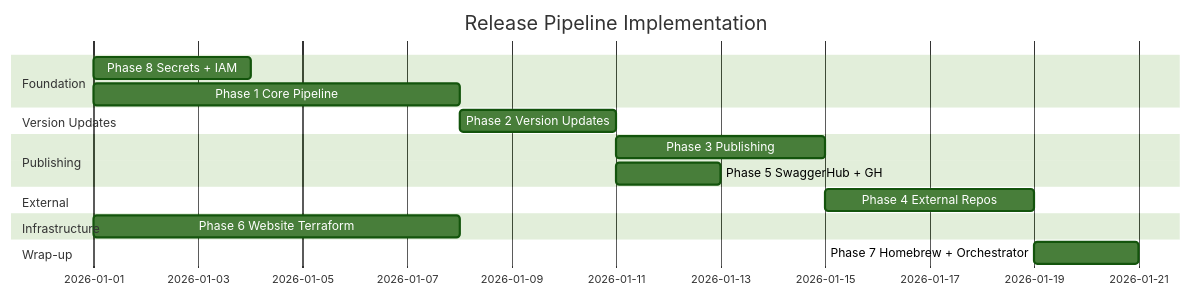
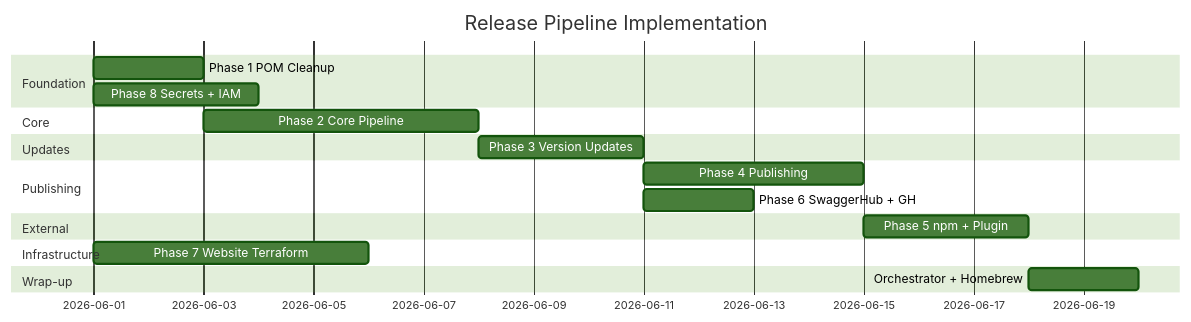
The fifth of 5 diagrams in docs/plans/release-pipeline.md (mock-server/mockserver), drawn with Mermaid (forest theme) before and after one commit. The commit also changed other lines of this file, not shown here.

Commit message:
docs: rewrite release pipeline plan for Central Portal and automated CI

````diff
--- a/docs/plans/release-pipeline.md
+++ b/docs/plans/release-pipeline.md
@@ -1170,19 +1355,21 @@
 ```mermaid
 gantt
     title Release Pipeline Implementation
     dateFormat  YYYY-MM-DD
     section Foundation
-    Phase 8 Secrets + IAM          :p8, 2026-01-01, 3d
-    Phase 1 Core Pipeline          :p1, 2026-01-01, 7d
-    section Version Updates
-    Phase 2 Version Updates        :p2, after p1, 3d
+    Phase 1 POM Cleanup            :p1, 2026-06-01, 2d
+    Phase 8 Secrets + IAM          :p8, 2026-06-01, 3d
+    section Core
+    Phase 2 Core Pipeline          :p2, after p1, 5d
+    section Updates
+    Phase 3 Version Updates        :p3, after p2, 3d
     section Publishing
-    Phase 3 Publishing             :p3, after p2, 4d
-    Phase 5 SwaggerHub + GH       :p5, after p2, 2d
+    Phase 4 Publishing             :p4, after p3, 4d
+    Phase 6 SwaggerHub + GH       :p6, after p3, 2d
     section External
-    Phase 4 External Repos         :p4, after p3, 4d
+    Phase 5 npm + Plugin           :p5, after p4, 3d
     section Infrastructure
-    Phase 6 Website Terraform      :p6, 2026-01-01, 7d
+    Phase 7 Website Terraform      :p7, 2026-06-01, 5d
     section Wrap-up
-    Phase 7 Homebrew + Orchestrator:p7, after p4, 2d
+    Orchestrator + Homebrew        :p9, after p5, 2d
 ```
````
